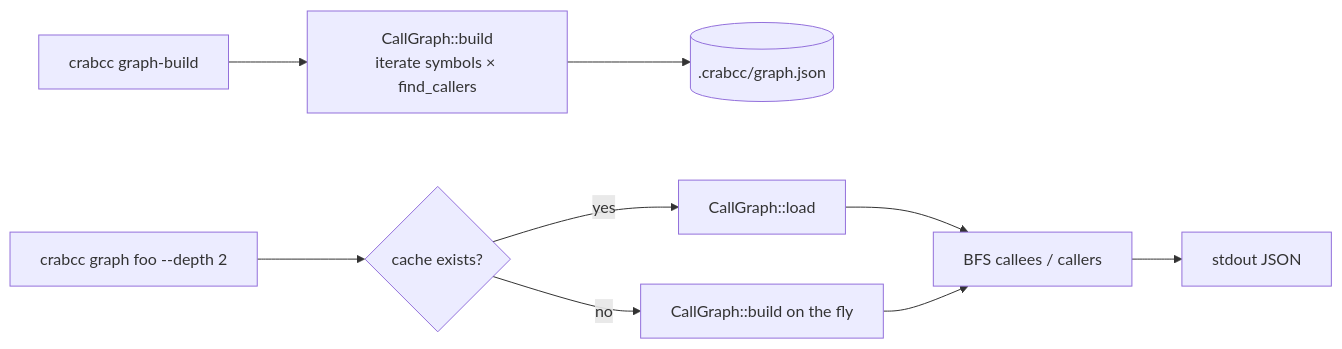
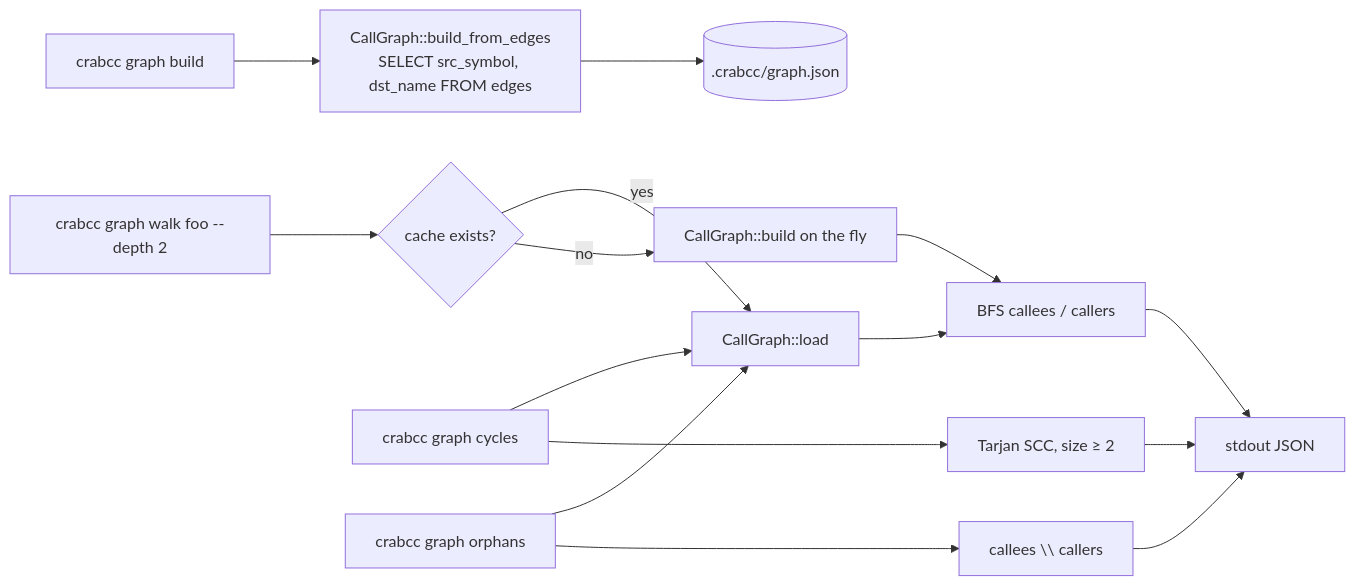
Before and after one commit to crabcc-labs/crabcc: the seventh of 10 diagrams in ARCHITECTURE.md, drawn with Mermaid. The commit also changed other lines of this file and 12 other files, not shown here.

First line of the commit message:
v2.0.0: edges-at-extract — drop graph build from O(n²) to O(n)

````diff
--- a/ARCHITECTURE.md
+++ b/ARCHITECTURE.md
@@ -223,11 +223,17 @@
 ```mermaid
 flowchart LR
-    A[crabcc graph-build] --> B[CallGraph::build<br/>iterate symbols × find_callers]
+    A[crabcc graph build] --> B[CallGraph::build_from_edges<br/>SELECT src_symbol, dst_name FROM edges]
     B --> C[(.crabcc/graph.json)]
-    D[crabcc graph foo --depth 2] --> E{cache exists?}
+    D[crabcc graph walk foo --depth 2] --> E{cache exists?}
     E -->|yes| F[CallGraph::load]
     E -->|no| G[CallGraph::build on the fly]
     F --> H[BFS callees / callers]
     G --> H
     H --> I[stdout JSON]
+    J[crabcc graph cycles] --> F
+    J --> K[Tarjan SCC, size ≥ 2]
+    K --> I
+    L[crabcc graph orphans] --> F
+    L --> M[callees \\ callers]
+    M --> I
 ```
````
